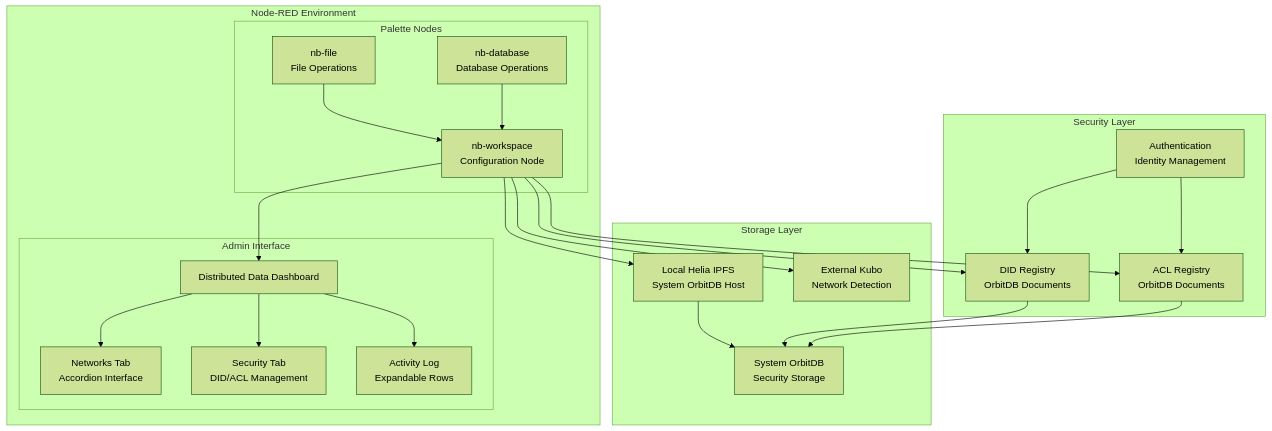
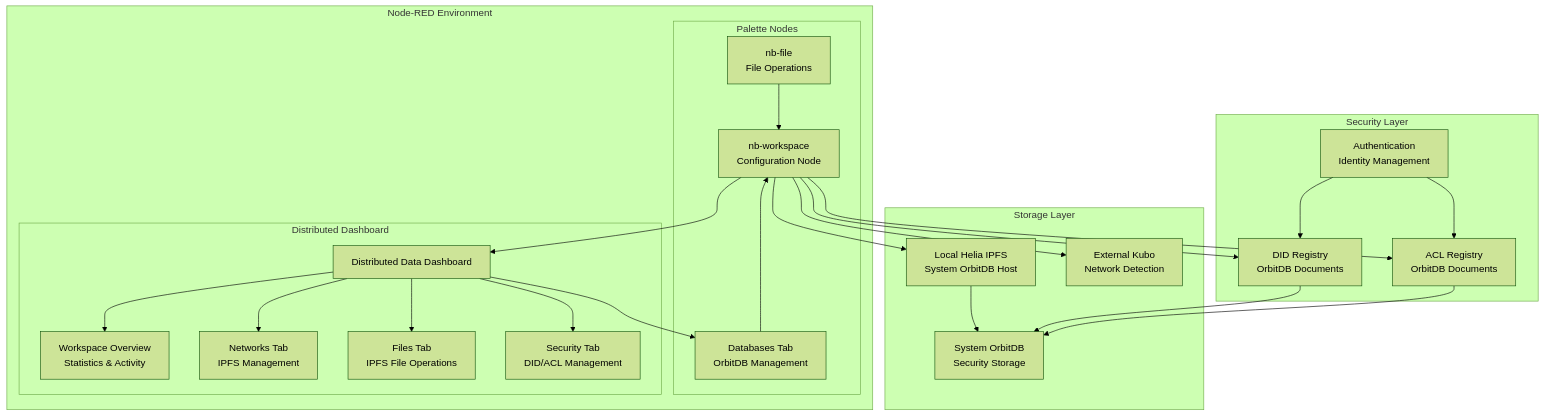
The first of 4 diagrams in docs/technical/architecture.md (thalperi/nodebit), drawn with Mermaid (forest theme) before and after one commit. The commit also changed other lines of this file and 5 other files, not shown here.

Commit message:
Update admin interface to distributed dashboard

````diff
--- a/docs/technical/architecture.md
+++ b/docs/technical/architecture.md
@@ -43,45 +43,49 @@
 ```mermaid
 graph TB
     subgraph "Security Layer"
         DID[DID Registry<br/>OrbitDB Documents]
         ACL[ACL Registry<br/>OrbitDB Documents]
         AUTH[Authentication<br/>Identity Management]
     end
     
     subgraph "Node-RED Environment"
         subgraph "Palette Nodes"
             WS[nb-workspace<br/>Configuration Node]
             FILE[nb-file<br/>File Operations]
             DB[nb-database<br/>Database Operations]
         end
         
-        subgraph "Admin Interface"
+        subgraph "Distributed Dashboard"
             DASH[Distributed Data Dashboard]
-            NET[Networks Tab<br/>Accordion Interface]
+            OVER[Workspace Overview<br/>Statistics & Activity]
+            NET[Networks Tab<br/>IPFS Management]
+            DB[Databases Tab<br/>OrbitDB Management]
+            FILES[Files Tab<br/>IPFS File Operations]
             SEC[Security Tab<br/>DID/ACL Management]
-            ACT[Activity Log<br/>Expandable Rows]
         end
     end
     
     subgraph "Storage Layer"
         HELIA[Local Helia IPFS<br/>System OrbitDB Host]
         KUBO[External Kubo<br/>Network Detection]
         ORBIT[System OrbitDB<br/>Security Storage]
     end
     
     WS --> DASH
     WS --> DID
     WS --> ACL
     FILE --> WS
     DB --> WS
+    DASH --> OVER
     DASH --> NET
+    DASH --> DB
+    DASH --> FILES
     DASH --> SEC
-    DASH --> ACT
     WS --> HELIA
     WS --> KUBO
     HELIA --> ORBIT
     DID --> ORBIT
     ACL --> ORBIT
     AUTH --> DID
     AUTH --> ACL
 ```
````
